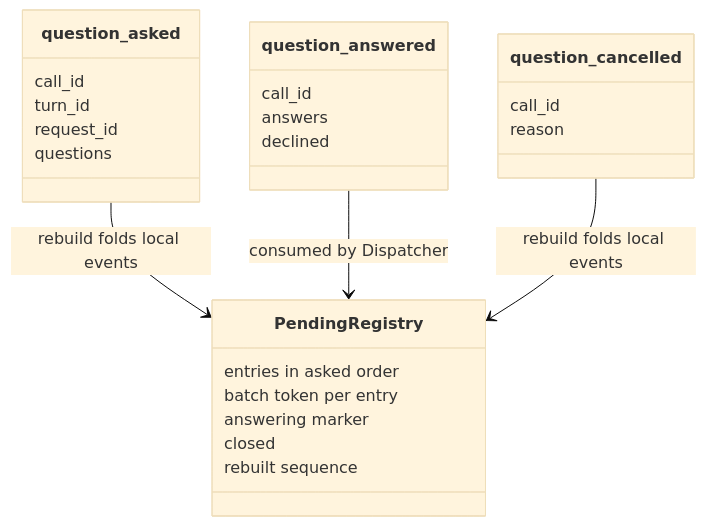
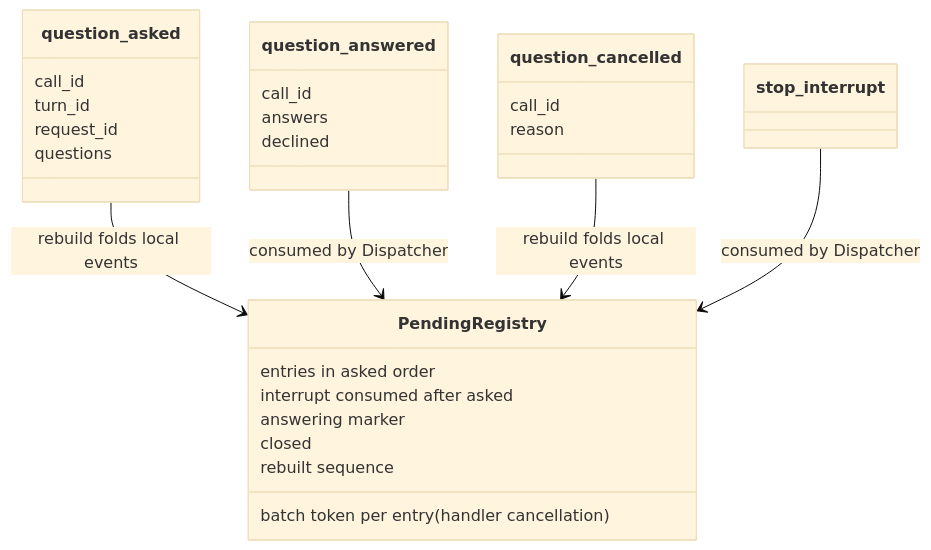
The second of 6 diagrams in docs/design/plugins/Questions.md (CoutinhoTTS/dim-agent), drawn with Mermaid (base theme) before and after one commit. The commit also changed other lines of this file and 42 other files, not shown here.

````diff
--- a/docs/design/plugins/Questions.md
+++ b/docs/design/plugins/Questions.md
@@ -49,28 +49,30 @@
 ```mermaid
 classDiagram
   class question_asked {
     call_id
     turn_id
     request_id
     questions
   }
   class question_answered {
     call_id
     answers
     declined
   }
   class question_cancelled {
     call_id
     reason
   }
   class PendingRegistry {
     entries in asked order
-    batch token per entry
+    batch token per entry (handler cancellation)
+    interrupt consumed after asked
     answering marker
     closed
     rebuilt sequence
   }
   question_asked --> PendingRegistry : rebuild folds local events
   question_answered --> PendingRegistry : consumed by Dispatcher
   question_cancelled --> PendingRegistry : rebuild folds local events
+  stop_interrupt --> PendingRegistry : consumed by Dispatcher
 ```
````
